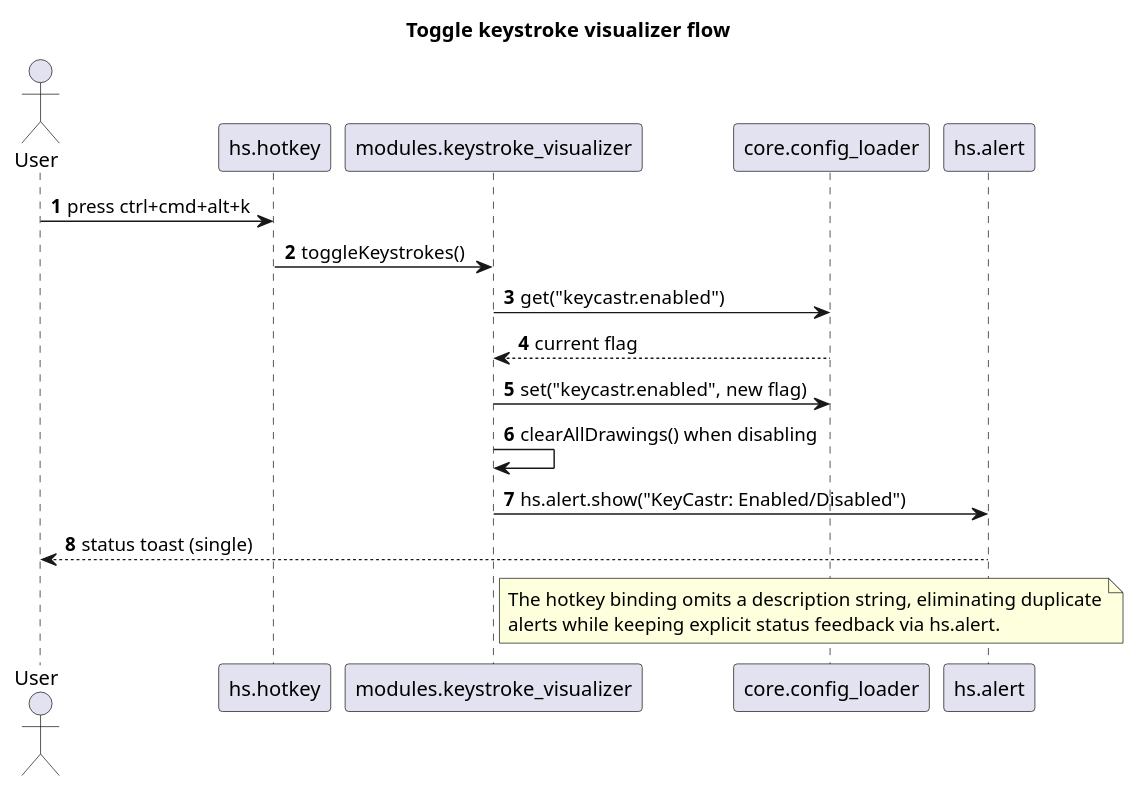
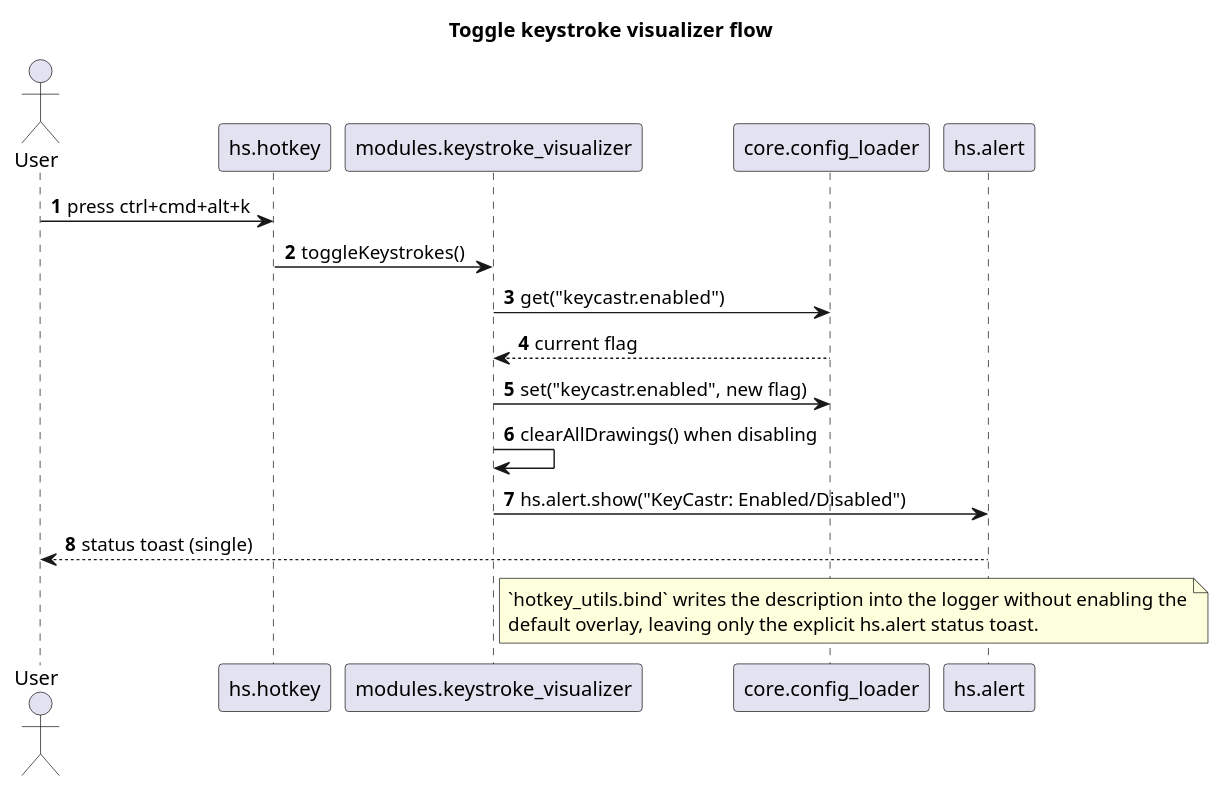
The diagram in docs/keystroke_visualizer_sequence.puml (CsHeng/dot-hammerspoon), drawn with PlantUML before and after one commit. The commit also changed 20 other files, not shown here.

```diff
--- a/docs/keystroke_visualizer_sequence.puml
+++ b/docs/keystroke_visualizer_sequence.puml
@@ -1,26 +1,26 @@
 @startuml KeystrokeVisualizerSequence
 title Toggle keystroke visualizer flow
 
 actor User as user
 participant "hs.hotkey" as hotkey
 participant "modules.keystroke_visualizer" as keyviz
 participant "core.config_loader" as config
 participant "hs.alert" as alert
 
 autonumber
 
 user -> hotkey: press ctrl+cmd+alt+k
 hotkey -> keyviz: toggleKeystrokes()
 keyviz -> config: get("keycastr.enabled")
 config --> keyviz: current flag
 keyviz -> config: set("keycastr.enabled", new flag)
 keyviz -> keyviz: clearAllDrawings() when disabling
 keyviz -> alert: hs.alert.show("KeyCastr: Enabled/Disabled")
 alert --> user: status toast (single)
 
 note right of keyviz
-The hotkey binding omits a description string, eliminating duplicate
-alerts while keeping explicit status feedback via hs.alert.
+`hotkey_utils.bind` writes the description into the logger without enabling the
+default overlay, leaving only the explicit hs.alert status toast.
 end note
 
 @enduml
```
